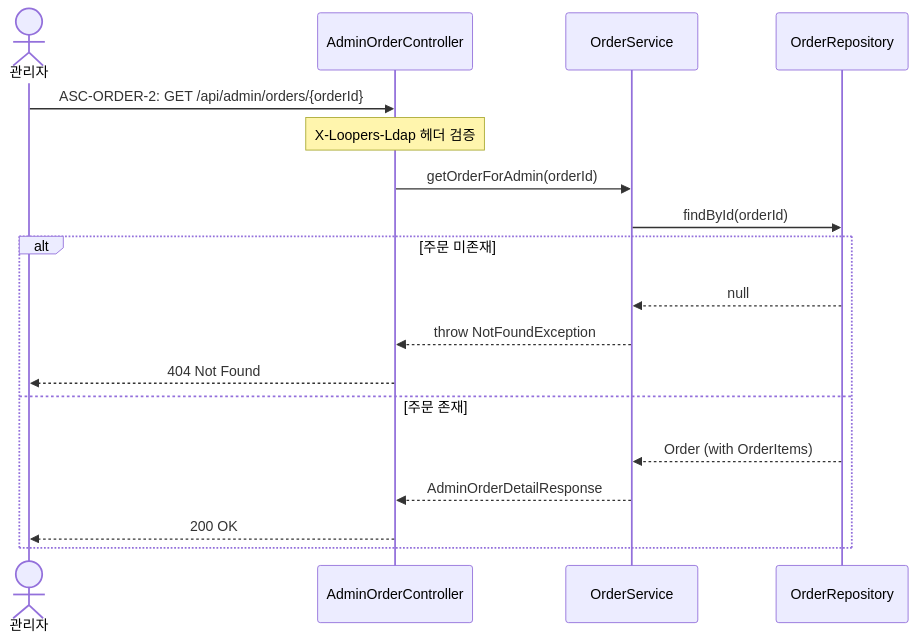
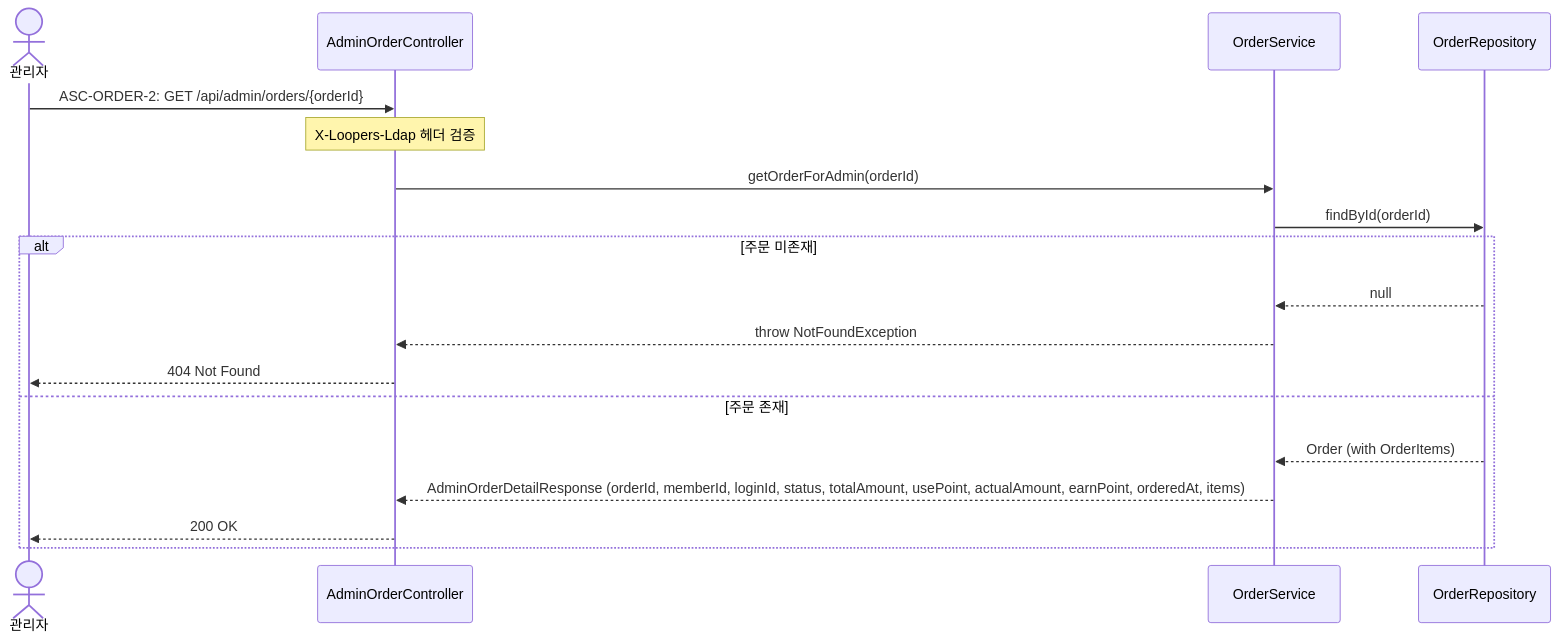
Diagram 37 of 41 in docs/02-sequence-diagrams.md (loopers-labs/loop-pack-be-l2-vol4-kotlin), drawn with Mermaid before and after one commit. The commit also changed other lines of this file and 2 other files, not shown here.

Commit message:
:memo: 3차 클래스 다이어그램 일단 완료

````diff
--- a/docs/02-sequence-diagrams.md
+++ b/docs/02-sequence-diagrams.md
@@ -1109,23 +1138,23 @@
 ```mermaid
 sequenceDiagram
     actor Admin as 관리자
     participant Controller as AdminOrderController
     participant Service as OrderService
     participant Repo as OrderRepository
 
     Admin->>Controller: ASC-ORDER-2: GET /api/admin/orders/{orderId}
     Note over Controller: X-Loopers-Ldap 헤더 검증
 
     Controller->>Service: getOrderForAdmin(orderId)
     Service->>Repo: findById(orderId)
 
     alt 주문 미존재
         Repo-->>Service: null
         Service-->>Controller: throw NotFoundException
         Controller-->>Admin: 404 Not Found
     else 주문 존재
         Repo-->>Service: Order (with OrderItems)
-        Service-->>Controller: AdminOrderDetailResponse
+        Service-->>Controller: AdminOrderDetailResponse (orderId, memberId, loginId, status, totalAmount, usePoint, actualAmount, earnPoint, orderedAt, items)
         Controller-->>Admin: 200 OK
     end
 ```
````
